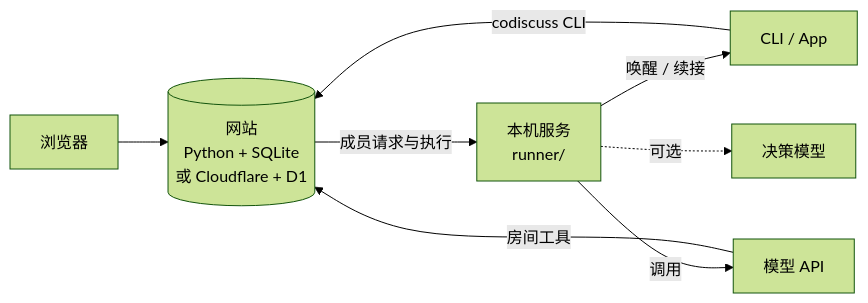
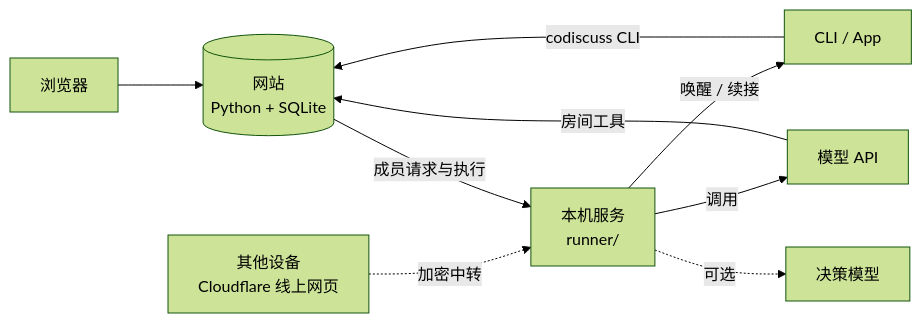
The diagram in docs/architecture.md (huyan1458/ai_co_discuss), drawn with Mermaid (forest theme) before and after one commit. The commit also changed other lines of this file and 67 other files, not shown here.

````diff
--- a/docs/architecture.md
+++ b/docs/architecture.md
@@ -7,10 +7,11 @@
 ```mermaid
 flowchart LR
-    U[浏览器] --> S[(网站<br>Python + SQLite<br>或 Cloudflare + D1)]
+    U[浏览器] --> S[(网站<br>Python + SQLite)]
+    P[其他设备<br>Cloudflare 线上网页] -. 加密中转 .-> R
     S -- 成员请求与执行 --> R[本机服务<br>runner/]
     R -- 唤醒 / 续接 --> A[CLI / App]
     R -- 调用 --> M[模型 API]
     R -. 可选 .-> D[决策模型]
     A -- codiscuss CLI --> S
     M -- 房间工具 --> S
 ```
````
